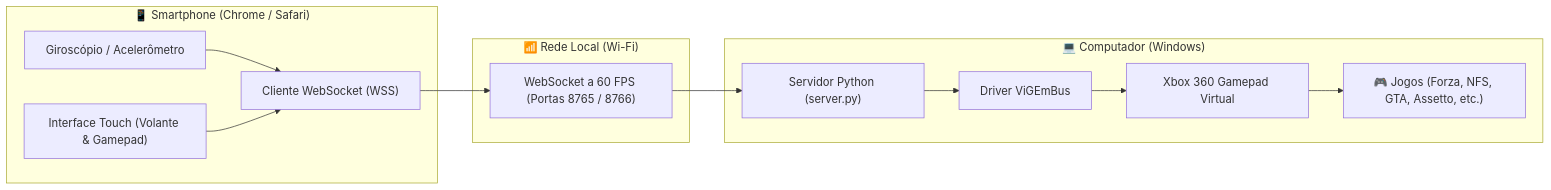
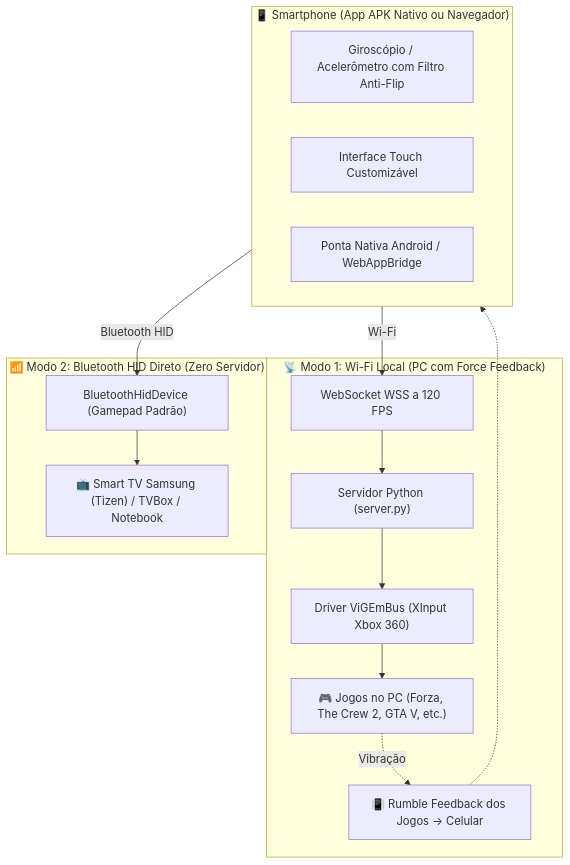
The diagram in README.md (1lucasarantes/RemoteWheel), drawn with Mermaid before and after one commit. The commit also changed other lines of this file and 2 other files, not shown here.

Commit message:
docs: atualizacao do README oficial com arquitetura dual-mode e script de inicializacao automatica

````diff
--- a/README.md
+++ b/README.md
@@ -38,23 +47,25 @@
 ```mermaid
-flowchart LR
-    subgraph Celular ["📱 Smartphone (Chrome / Safari)"]
-        Sensors["Giroscópio / Acelerômetro"]
-        UI["Interface Touch (Volante & Gamepad)"]
-        WS_Client["Cliente WebSocket (WSS)"]
+flowchart TD
+    subgraph Celular ["📱 Smartphone (App APK Nativo ou Navegador)"]
+        Sensors["Giroscópio / Acelerômetro com Filtro Anti-Flip"]
+        UI["Interface Touch Customizável"]
+        Bridge["Ponta Nativa Android / WebAppBridge"]
     end
 
-    subgraph Rede ["📶 Rede Local (Wi-Fi)"]
-        Proto["WebSocket a 60 FPS (Portas 8765 / 8766)"]
+    subgraph Modo1 ["📡 Modo 1: Wi-Fi Local (PC com Force Feedback)"]
+        WS_Proto["WebSocket WSS a 120 FPS"]
+        PyServer["Servidor Python (server.py)"]
+        ViGEm["Driver ViGEmBus (XInput Xbox 360)"]
+        PCGame["🎮 Jogos no PC (Forza, The Crew 2, GTA V, etc.)"]
+        Rumble["📳 Rumble Feedback dos Jogos -> Celular"]
     end
 
-    subgraph PC ["💻 Computador (Windows)"]
-        PyServer["Servidor Python (server.py)"]
-        ViGEm["Driver ViGEmBus"]
-        VirtualPad["Xbox 360 Gamepad Virtual"]
-        Game["🎮 Jogos (Forza, NFS, GTA, Assetto, etc.)"]
+    subgraph Modo2 ["📶 Modo 2: Bluetooth HID Direto (Zero Servidor)"]
+        BTHID["BluetoothHidDevice (Gamepad Padrão)"]
+        SmartTV["📺 Smart TV Samsung (Tizen) / TVBox / Notebook"]
     end
 
-    Sensors --> WS_Client
-    UI --> WS_Client
-    WS_Client --> Proto --> PyServer --> ViGEm --> VirtualPad --> Game
+    Celular -->|Wi-Fi| WS_Proto --> PyServer --> ViGEm --> PCGame
+    PCGame -.->|Vibração| Rumble -.-> Celular
+    Celular -->|Bluetooth HID| BTHID --> SmartTV
 ```
````
